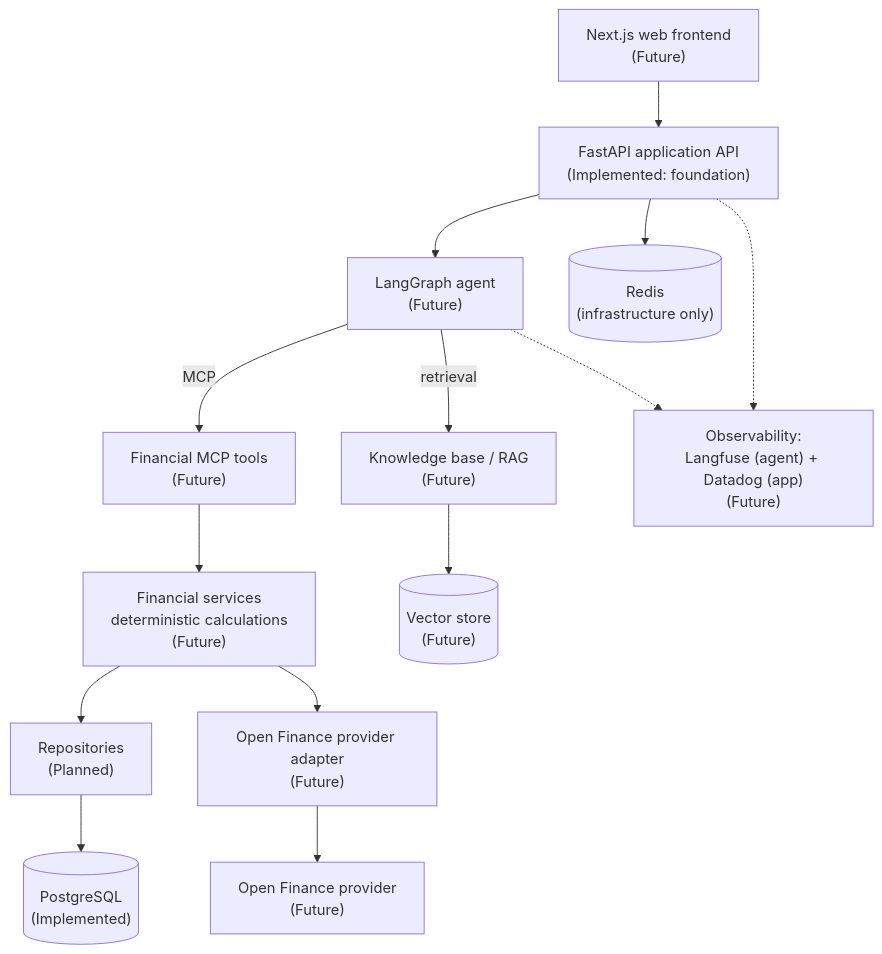
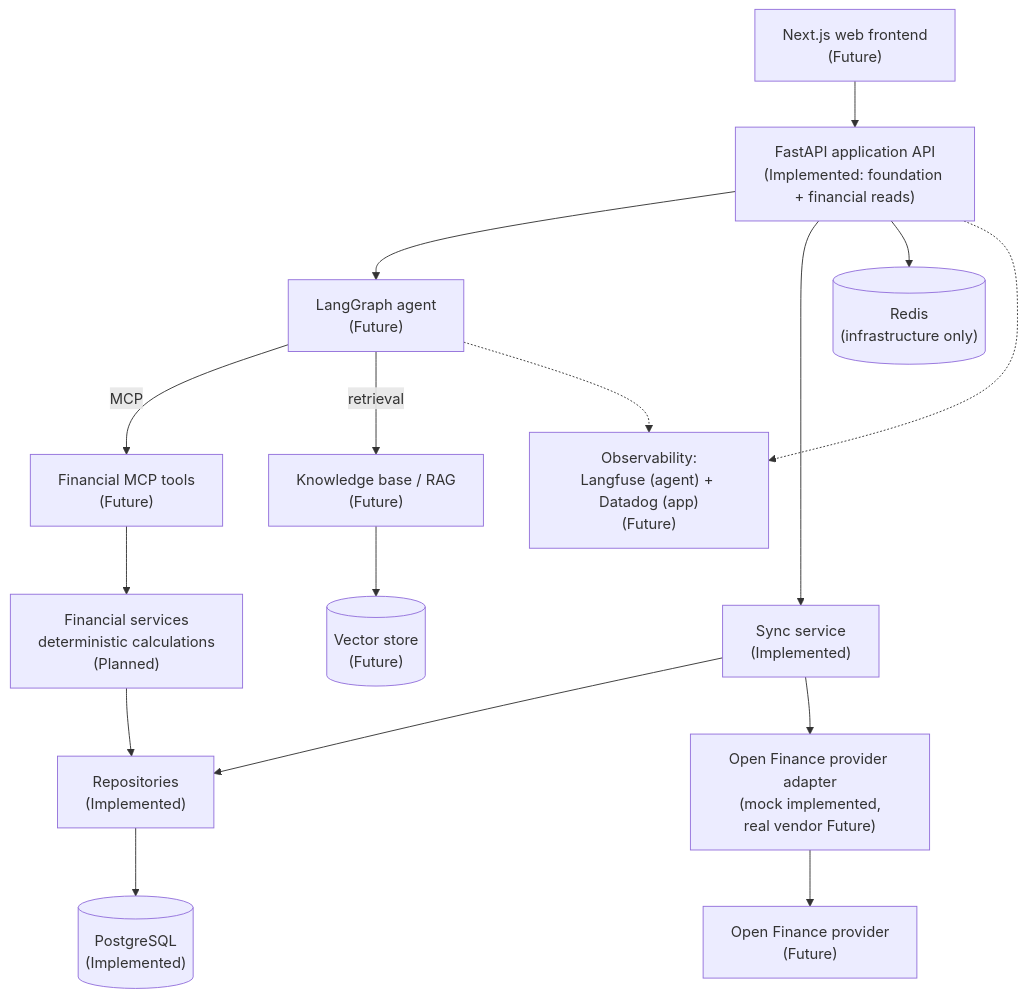
Before and after one commit to joaopaulodevv/compass: the second of 6 diagrams in docs/architecture.md, drawn with Mermaid. The commit also changed other lines of this file and 7 other files, not shown here.

First line of the commit message:
docs: document the financial domain, provider abstraction and money rules

````diff
--- a/docs/architecture.md
+++ b/docs/architecture.md
@@ -44,25 +49,27 @@
 ```mermaid
 flowchart TB
     web["Next.js web frontend\n(Future)"] --> api
 
-    api["FastAPI application API\n(Implemented: foundation)"]
+    api["FastAPI application API\n(Implemented: foundation + financial reads)"]
 
     api --> agent["LangGraph agent\n(Future)"]
 
     agent -->|MCP| tools["Financial MCP tools\n(Future)"]
     agent -->|retrieval| rag["Knowledge base / RAG\n(Future)"]
 
-    tools --> services["Financial services\ndeterministic calculations\n(Future)"]
-    services --> repos["Repositories\n(Planned)"]
-    services --> ofp["Open Finance provider adapter\n(Future)"]
+    tools --> services["Financial services\ndeterministic calculations\n(Planned)"]
+    api --> sync["Sync service\n(Implemented)"]
+    services --> repos["Repositories\n(Implemented)"]
+    sync --> repos
+    sync --> ofp["Open Finance provider adapter\n(mock implemented,\nreal vendor Future)"]
 
     repos --> postgres[("PostgreSQL\n(Implemented)")]
     rag --> vectors[("Vector store\n(Future)")]
     ofp --> openfinance["Open Finance provider\n(Future)"]
 
     api --> cache[("Redis\n(infrastructure only)")]
 
     obs["Observability:\nLangfuse (agent) + Datadog (app)\n(Future)"]
     agent -.-> obs
     api -.-> obs
 ```
````
